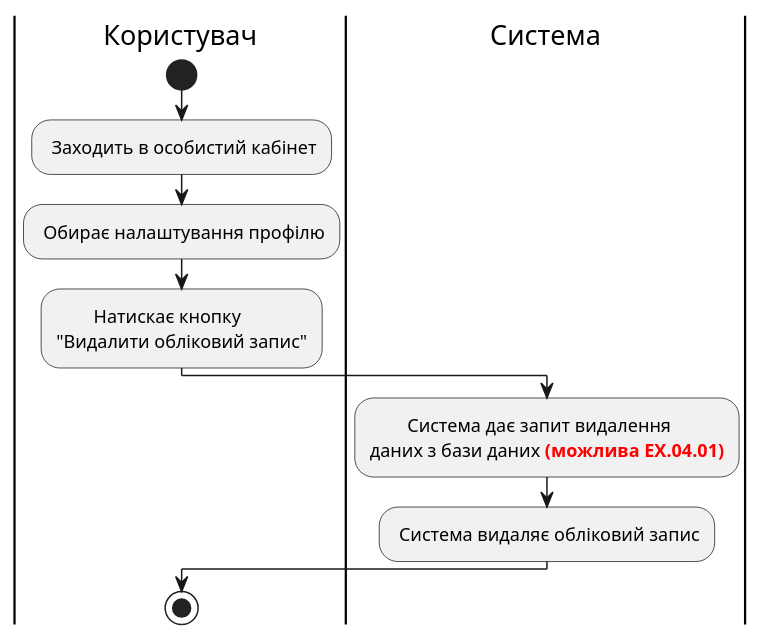
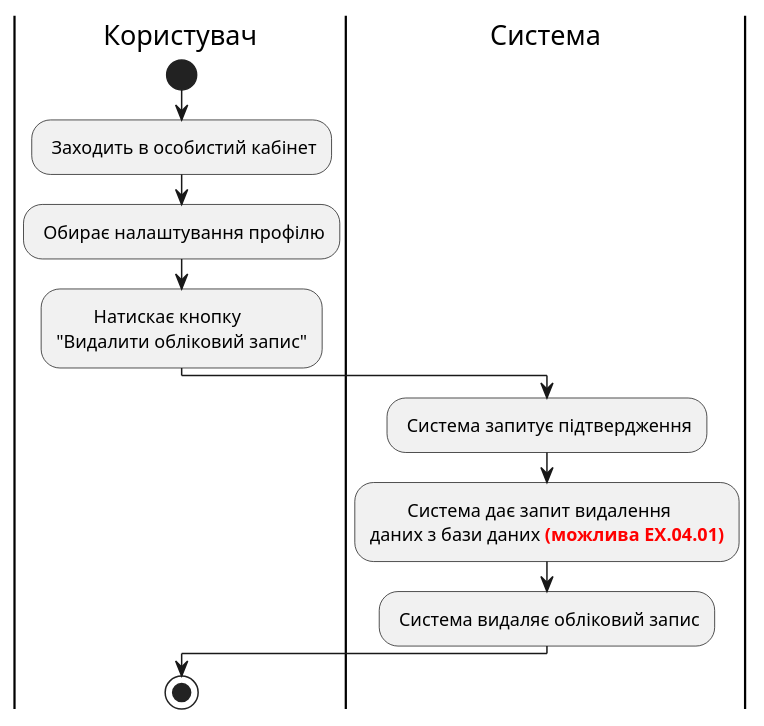
Before and after one commit to edu-db/edu_db_labs: the fourth of 4 diagrams in docs/use cases/README.md, drawn with PlantUML. The commit also changed other lines of this file, not shown here.

```diff
--- a/docs/use cases/README.md
+++ b/docs/use cases/README.md
@@ -120,16 +121,17 @@
 @startuml
 
 |Користувач|
 start;
 : Заходить в особистий кабінет;
 : Обирає налаштування профілю;
 : \tНатискає кнопку\n"Видалити обліковий запис";
 
 |Система|
+: Система запитує підтвердження;
 : \tСистема дає запит видалення\nданих з бази даних <font color="red"><b>(можлива EX.04.01);
 : Система видаляє обліковий запис;
   
 |Користувач|
 stop;
  
 @enduml
```
